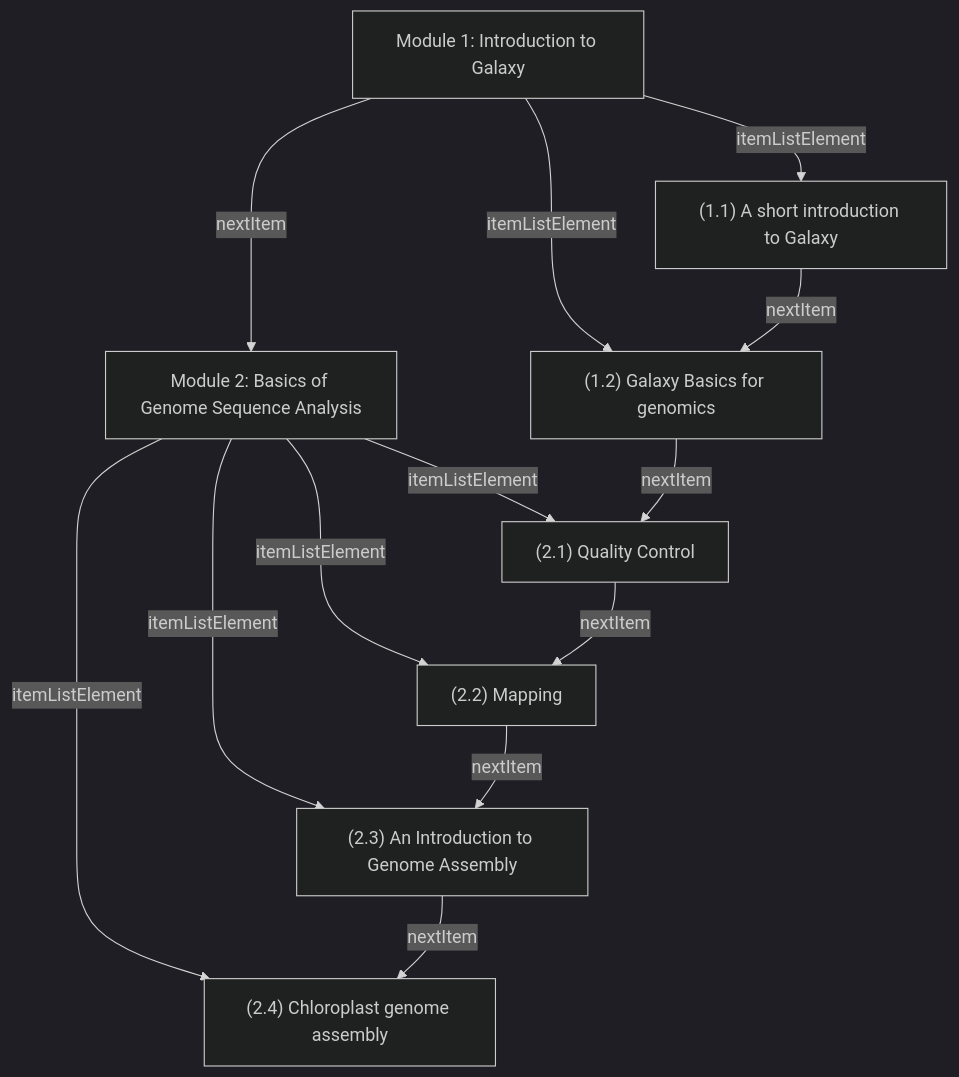
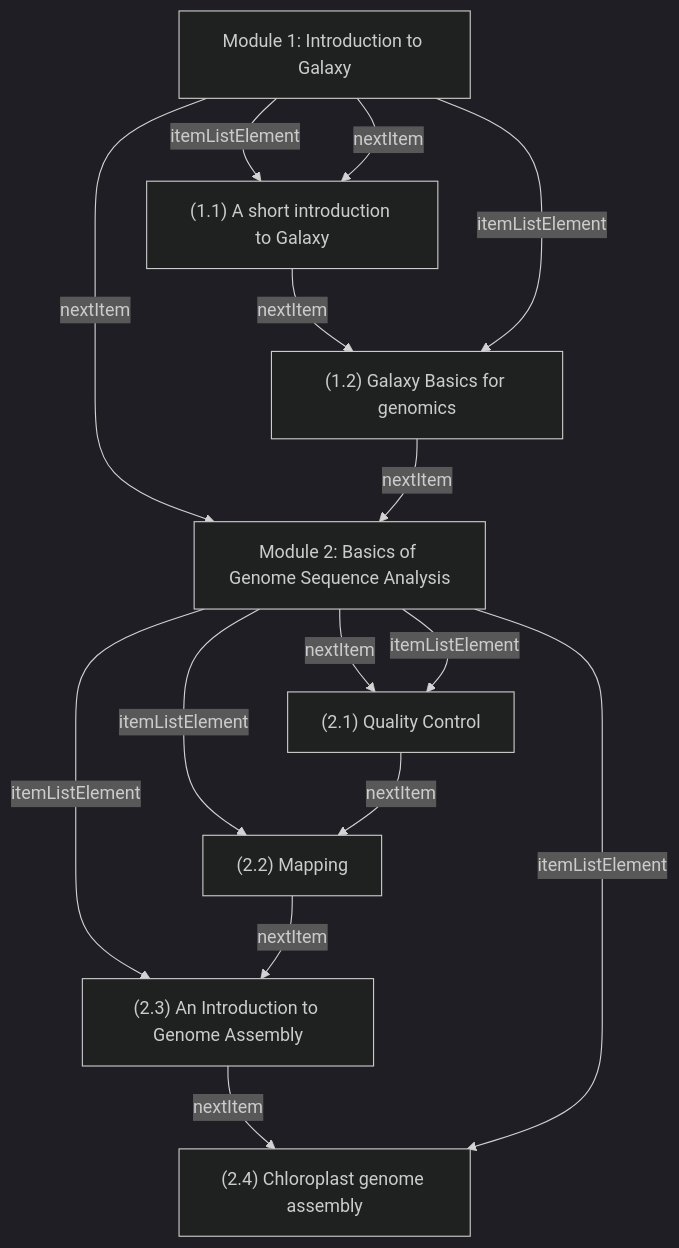
One commit to BioSchemas/LearningPath-sandbox changed the diagram in lp1.mmd. Above: the diagram before and after it, drawn with Mermaid (dark theme). The commit also changed 9 other files, not shown here.

Commit message:
Add nextItem from start of module to first item

```diff
--- a/lp1.mmd
+++ b/lp1.mmd
@@ -1,37 +1,43 @@
 graph TD
 N1["Module 1: Introduction to Galaxy"]
-N3["(1.2) Galaxy Basics for genomics"]
-N1 -- itemListElement --> N3
-N1["Module 1: Introduction to Galaxy"]
-N2["(1.1) A short introduction to Galaxy"]
-N1 -- itemListElement --> N2
 N4["Module 2: Basics of Genome Sequence Analysis"]
-N8["(2.4) Chloroplast genome assembly"]
-N4 -- itemListElement --> N8
+N1 -- nextItem --> N4
 N2["(1.1) A short introduction to Galaxy"]
 N3["(1.2) Galaxy Basics for genomics"]
 N2 -- nextItem --> N3
-N1["Module 1: Introduction to Galaxy"]
 N4["Module 2: Basics of Genome Sequence Analysis"]
-N1 -- nextItem --> N4
+N5["(2.1) Quality Control"]
+N4 -- nextItem --> N5
+N3["(1.2) Galaxy Basics for genomics"]
+N4["Module 2: Basics of Genome Sequence Analysis"]
+N3 -- nextItem --> N4
 N7["(2.3) An Introduction to Genome Assembly"]
 N8["(2.4) Chloroplast genome assembly"]
 N7 -- nextItem --> N8
 N4["Module 2: Basics of Genome Sequence Analysis"]
-N5["(2.1) Quality Control"]
-N4 -- itemListElement --> N5
-N4["Module 2: Basics of Genome Sequence Analysis"]
 N6["(2.2) Mapping"]
 N4 -- itemListElement --> N6
+N1["Module 1: Introduction to Galaxy"]
+N3["(1.2) Galaxy Basics for genomics"]
+N1 -- itemListElement --> N3
 N4["Module 2: Basics of Genome Sequence Analysis"]
 N7["(2.3) An Introduction to Genome Assembly"]
 N4 -- itemListElement --> N7
+N5["(2.1) Quality Control"]
+N6["(2.2) Mapping"]
+N5 -- nextItem --> N6
+N4["Module 2: Basics of Genome Sequence Analysis"]
+N8["(2.4) Chloroplast genome assembly"]
+N4 -- itemListElement --> N8
+N4["Module 2: Basics of Genome Sequence Analysis"]
+N5["(2.1) Quality Control"]
+N4 -- itemListElement --> N5
 N6["(2.2) Mapping"]
 N7["(2.3) An Introduction to Genome Assembly"]
 N6 -- nextItem --> N7
-N3["(1.2) Galaxy Basics for genomics"]
-N5["(2.1) Quality Control"]
-N3 -- nextItem --> N5
-N5["(2.1) Quality Control"]
-N6["(2.2) Mapping"]
-N5 -- nextItem --> N6
+N1["Module 1: Introduction to Galaxy"]
+N2["(1.1) A short introduction to Galaxy"]
+N1 -- itemListElement --> N2
+N1["Module 1: Introduction to Galaxy"]
+N2["(1.1) A short introduction to Galaxy"]
+N1 -- nextItem --> N2
```
